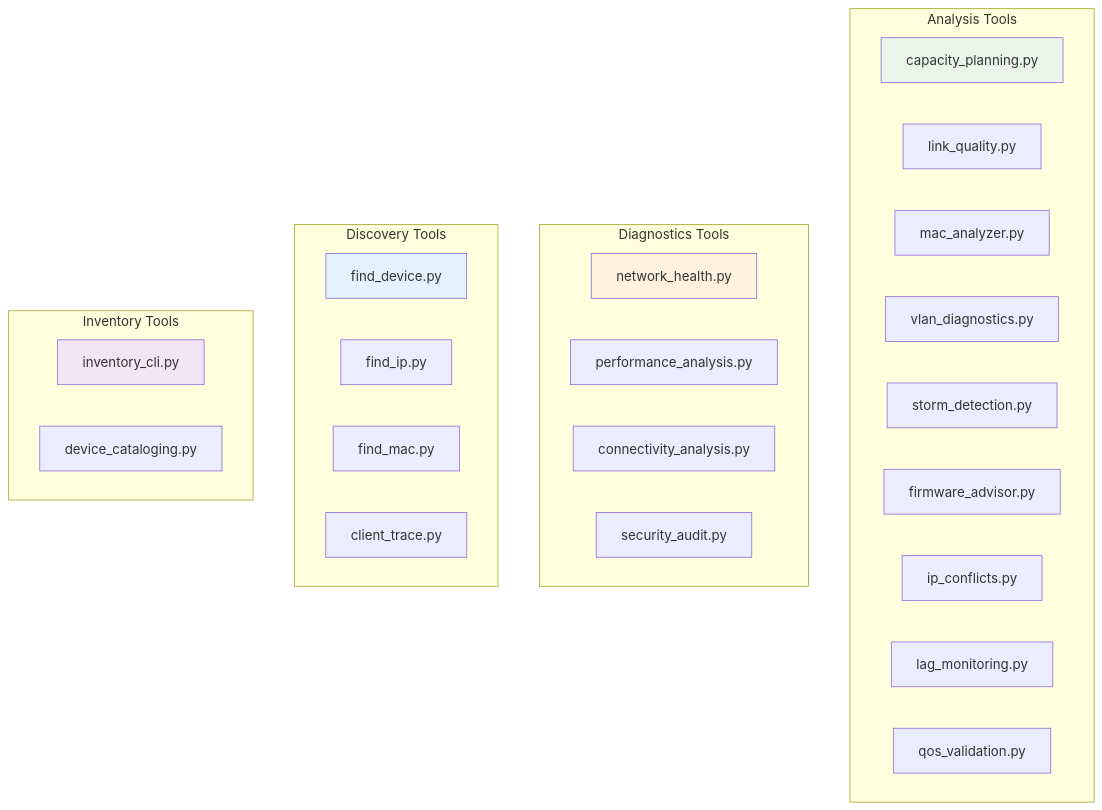
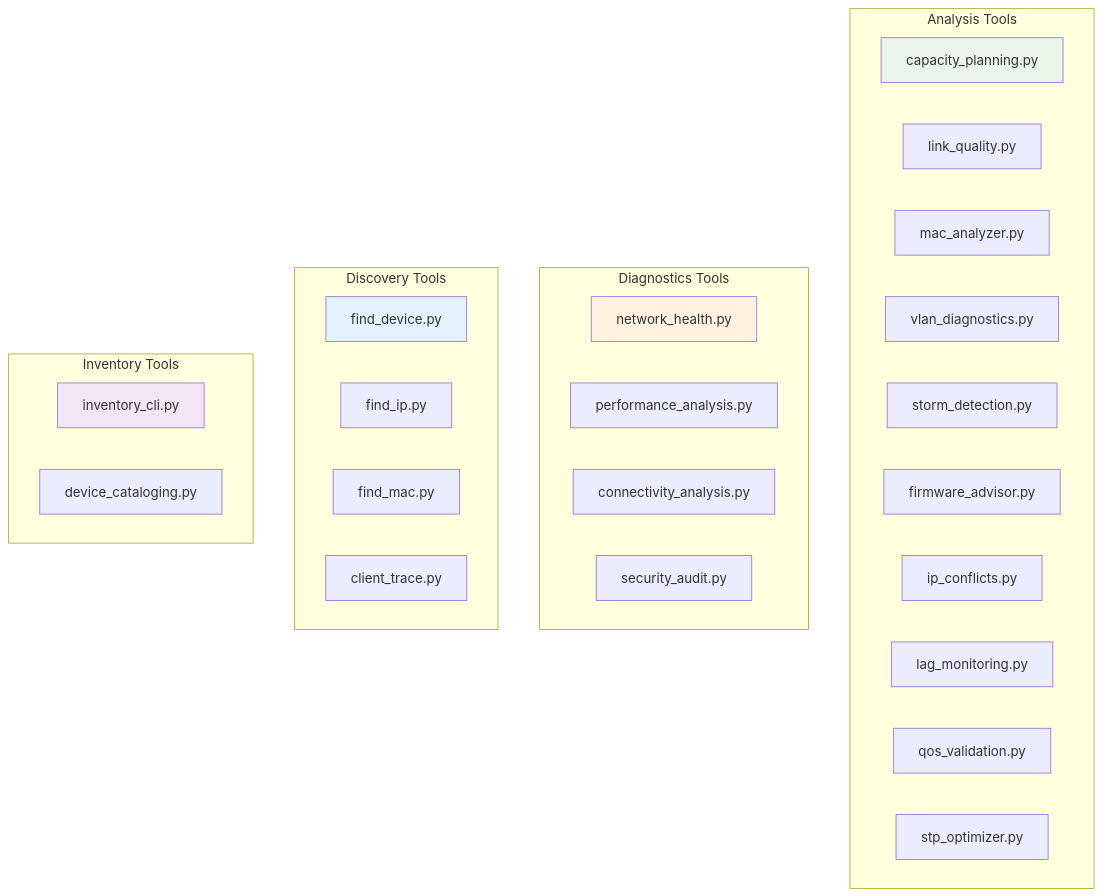
Before and after one commit to NetDevAutomate/unifi_management_cli: diagram 17 of 29 in specs/architecture-and-codemap.md, drawn with Mermaid. The commit also changed other lines of this file and 10 other files, not shown here.

````diff
--- a/specs/architecture-and-codemap.md
+++ b/specs/architecture-and-codemap.md
@@ -786,38 +790,39 @@
 ```mermaid
 graph TB
     subgraph "Analysis Tools"
         A1[capacity_planning.py]
         A2[link_quality.py]
         A3[mac_analyzer.py]
         A4[vlan_diagnostics.py]
         A5[storm_detection.py]
         A6[firmware_advisor.py]
         A7[ip_conflicts.py]
         A8[lag_monitoring.py]
         A9[qos_validation.py]
+        A10[stp_optimizer.py]
     end
 
     subgraph "Diagnostics Tools"
         D1[network_health.py]
         D2[performance_analysis.py]
         D3[connectivity_analysis.py]
         D4[security_audit.py]
     end
 
     subgraph "Discovery Tools"
         C1[find_device.py]
         C2[find_ip.py]
         C3[find_mac.py]
         C4[client_trace.py]
     end
 
     subgraph "Inventory Tools"
         M1[inventory_cli.py]
         M2[device_cataloging.py]
     end
 
     style A1 fill:#e8f5e8
     style D1 fill:#fff3e0
     style C1 fill:#e3f2fd
     style M1 fill:#f3e5f5
 ```
````
